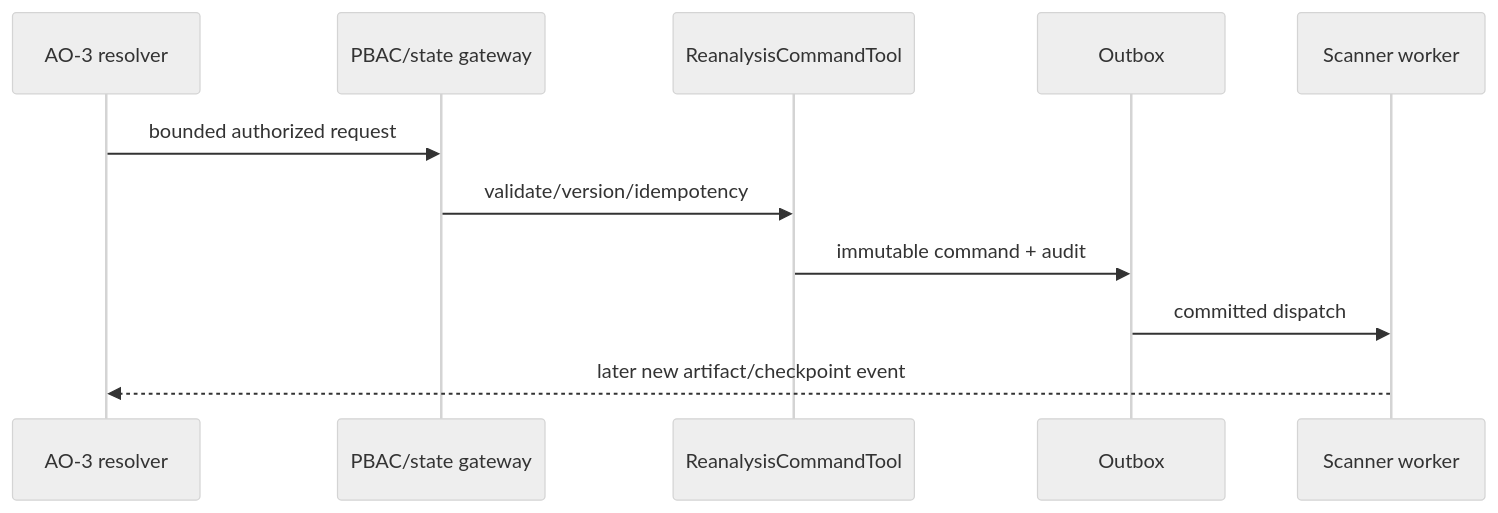
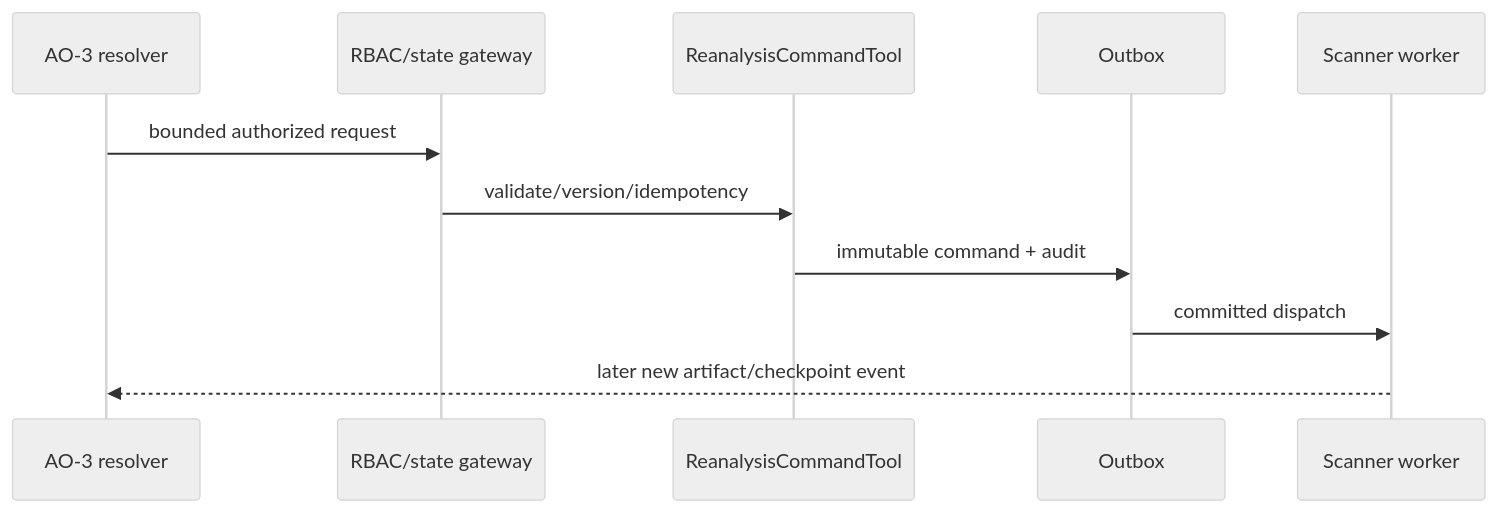
The diagram in docs/implementation/tasks/modules/agentic-evidence-tools/packets/ao-2-13-request-targeted-reanalysis.md (khovan123/LCSP), drawn with Mermaid (neutral theme) before and after one commit. The commit also changed other lines of this file and 519 other files, not shown here.

````diff
--- a/docs/implementation/tasks/modules/agentic-evidence-tools/packets/ao-2-13-request-targeted-reanalysis.md
+++ b/docs/implementation/tasks/modules/agentic-evidence-tools/packets/ao-2-13-request-targeted-reanalysis.md
@@ -120,13 +120,13 @@
 ```mermaid
 sequenceDiagram
  participant O as AO-3 resolver
- participant G as PBAC/state gateway
+ participant G as RBAC/state gateway
  participant H as ReanalysisCommandTool
  participant B as Outbox
  participant W as Scanner worker
  O->>G: bounded authorized request
  G->>H: validate/version/idempotency
  H->>B: immutable command + audit
  B->>W: committed dispatch
  W-->>O: later new artifact/checkpoint event
 ```
````
